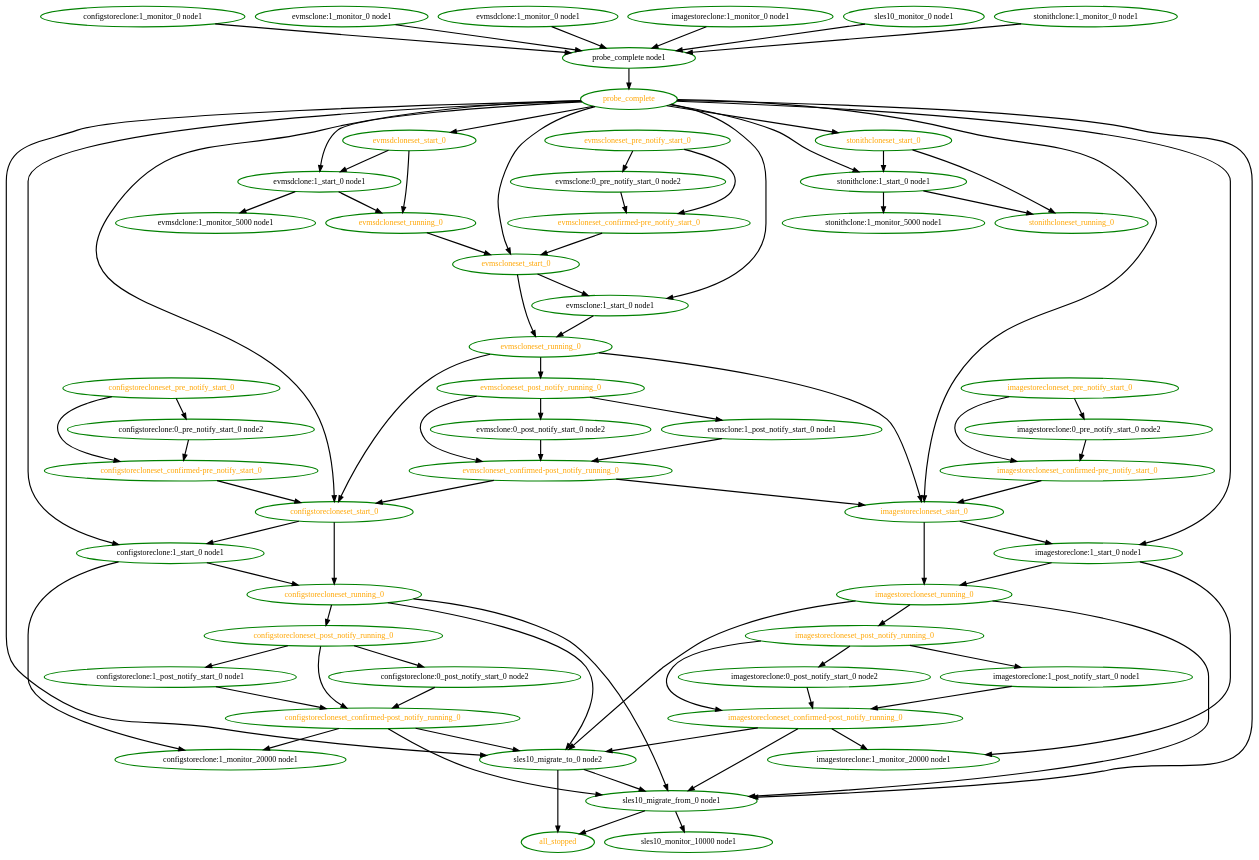
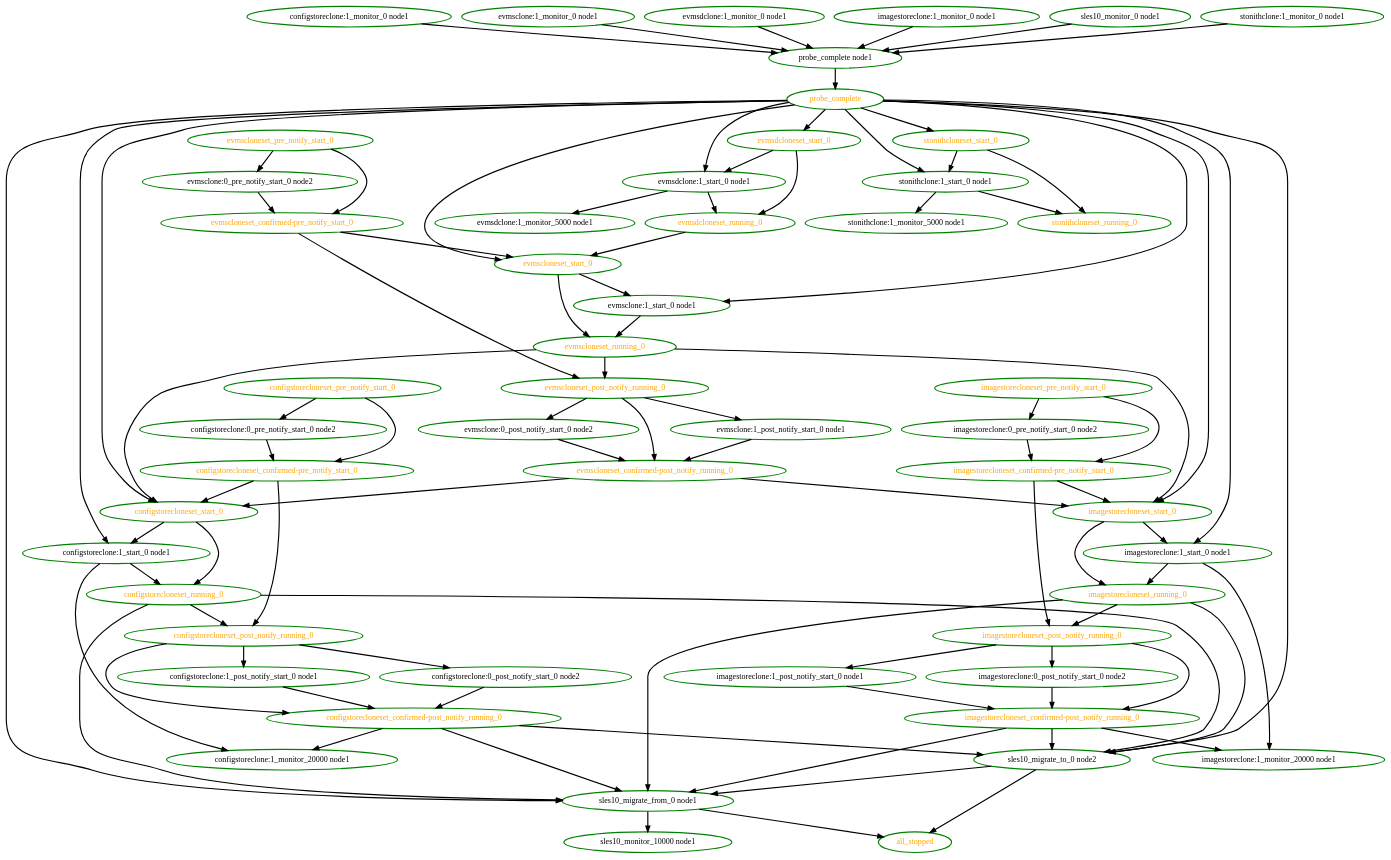
The diagram in pengine/test10/novell-252693-2.dot (linux-ha-japan/pm_diskd), drawn with Graphviz before and after one commit. The commit also changed 54 other files, not shown here.

Commit message:
Low: PE: Ensure the relative ordering of pre and post notifications

```diff
--- a/pengine/test10/novell-252693-2.dot
+++ b/pengine/test10/novell-252693-2.dot
@@ -1,141 +1,144 @@
  digraph "g" {
 "all_stopped" [ style=bold color="green" fontcolor="orange"  ]
 "configstoreclone:0_post_notify_start_0 node2" -> "configstorecloneset_confirmed-post_notify_running_0" [ style = bold]
 "configstoreclone:0_post_notify_start_0 node2" [ style=bold color="green" fontcolor="black"  ]
 "configstoreclone:0_pre_notify_start_0 node2" -> "configstorecloneset_confirmed-pre_notify_start_0" [ style = bold]
 "configstoreclone:0_pre_notify_start_0 node2" [ style=bold color="green" fontcolor="black"  ]
 "configstoreclone:1_monitor_0 node1" -> "probe_complete node1" [ style = bold]
 "configstoreclone:1_monitor_0 node1" [ style=bold color="green" fontcolor="black"  ]
 "configstoreclone:1_monitor_20000 node1" [ style=bold color="green" fontcolor="black"  ]
 "configstoreclone:1_post_notify_start_0 node1" -> "configstorecloneset_confirmed-post_notify_running_0" [ style = bold]
 "configstoreclone:1_post_notify_start_0 node1" [ style=bold color="green" fontcolor="black"  ]
 "configstoreclone:1_start_0 node1" -> "configstoreclone:1_monitor_20000 node1" [ style = bold]
 "configstoreclone:1_start_0 node1" -> "configstorecloneset_running_0" [ style = bold]
 "configstoreclone:1_start_0 node1" [ style=bold color="green" fontcolor="black"  ]
 "configstorecloneset_confirmed-post_notify_running_0" -> "configstoreclone:1_monitor_20000 node1" [ style = bold]
 "configstorecloneset_confirmed-post_notify_running_0" -> "sles10_migrate_from_0 node1" [ style = bold]
 "configstorecloneset_confirmed-post_notify_running_0" -> "sles10_migrate_to_0 node2" [ style = bold]
 "configstorecloneset_confirmed-post_notify_running_0" [ style=bold color="green" fontcolor="orange"  ]
+"configstorecloneset_confirmed-pre_notify_start_0" -> "configstorecloneset_post_notify_running_0" [ style = bold]
 "configstorecloneset_confirmed-pre_notify_start_0" -> "configstorecloneset_start_0" [ style = bold]
 "configstorecloneset_confirmed-pre_notify_start_0" [ style=bold color="green" fontcolor="orange"  ]
 "configstorecloneset_post_notify_running_0" -> "configstoreclone:0_post_notify_start_0 node2" [ style = bold]
 "configstorecloneset_post_notify_running_0" -> "configstoreclone:1_post_notify_start_0 node1" [ style = bold]
 "configstorecloneset_post_notify_running_0" -> "configstorecloneset_confirmed-post_notify_running_0" [ style = bold]
 "configstorecloneset_post_notify_running_0" [ style=bold color="green" fontcolor="orange"  ]
 "configstorecloneset_pre_notify_start_0" -> "configstoreclone:0_pre_notify_start_0 node2" [ style = bold]
 "configstorecloneset_pre_notify_start_0" -> "configstorecloneset_confirmed-pre_notify_start_0" [ style = bold]
 "configstorecloneset_pre_notify_start_0" [ style=bold color="green" fontcolor="orange"  ]
 "configstorecloneset_running_0" -> "configstorecloneset_post_notify_running_0" [ style = bold]
 "configstorecloneset_running_0" -> "sles10_migrate_from_0 node1" [ style = bold]
 "configstorecloneset_running_0" -> "sles10_migrate_to_0 node2" [ style = bold]
 "configstorecloneset_running_0" [ style=bold color="green" fontcolor="orange"  ]
 "configstorecloneset_start_0" -> "configstoreclone:1_start_0 node1" [ style = bold]
 "configstorecloneset_start_0" -> "configstorecloneset_running_0" [ style = bold]
 "configstorecloneset_start_0" [ style=bold color="green" fontcolor="orange"  ]
 "evmsclone:0_post_notify_start_0 node2" -> "evmscloneset_confirmed-post_notify_running_0" [ style = bold]
 "evmsclone:0_post_notify_start_0 node2" [ style=bold color="green" fontcolor="black"  ]
 "evmsclone:0_pre_notify_start_0 node2" -> "evmscloneset_confirmed-pre_notify_start_0" [ style = bold]
 "evmsclone:0_pre_notify_start_0 node2" [ style=bold color="green" fontcolor="black"  ]
 "evmsclone:1_monitor_0 node1" -> "probe_complete node1" [ style = bold]
 "evmsclone:1_monitor_0 node1" [ style=bold color="green" fontcolor="black"  ]
 "evmsclone:1_post_notify_start_0 node1" -> "evmscloneset_confirmed-post_notify_running_0" [ style = bold]
 "evmsclone:1_post_notify_start_0 node1" [ style=bold color="green" fontcolor="black"  ]
 "evmsclone:1_start_0 node1" -> "evmscloneset_running_0" [ style = bold]
 "evmsclone:1_start_0 node1" [ style=bold color="green" fontcolor="black"  ]
 "evmscloneset_confirmed-post_notify_running_0" -> "configstorecloneset_start_0" [ style = bold]
 "evmscloneset_confirmed-post_notify_running_0" -> "imagestorecloneset_start_0" [ style = bold]
 "evmscloneset_confirmed-post_notify_running_0" [ style=bold color="green" fontcolor="orange"  ]
+"evmscloneset_confirmed-pre_notify_start_0" -> "evmscloneset_post_notify_running_0" [ style = bold]
 "evmscloneset_confirmed-pre_notify_start_0" -> "evmscloneset_start_0" [ style = bold]
 "evmscloneset_confirmed-pre_notify_start_0" [ style=bold color="green" fontcolor="orange"  ]
 "evmscloneset_post_notify_running_0" -> "evmsclone:0_post_notify_start_0 node2" [ style = bold]
 "evmscloneset_post_notify_running_0" -> "evmsclone:1_post_notify_start_0 node1" [ style = bold]
 "evmscloneset_post_notify_running_0" -> "evmscloneset_confirmed-post_notify_running_0" [ style = bold]
 "evmscloneset_post_notify_running_0" [ style=bold color="green" fontcolor="orange"  ]
 "evmscloneset_pre_notify_start_0" -> "evmsclone:0_pre_notify_start_0 node2" [ style = bold]
 "evmscloneset_pre_notify_start_0" -> "evmscloneset_confirmed-pre_notify_start_0" [ style = bold]
 "evmscloneset_pre_notify_start_0" [ style=bold color="green" fontcolor="orange"  ]
 "evmscloneset_running_0" -> "configstorecloneset_start_0" [ style = bold]
 "evmscloneset_running_0" -> "evmscloneset_post_notify_running_0" [ style = bold]
 "evmscloneset_running_0" -> "imagestorecloneset_start_0" [ style = bold]
 "evmscloneset_running_0" [ style=bold color="green" fontcolor="orange"  ]
 "evmscloneset_start_0" -> "evmsclone:1_start_0 node1" [ style = bold]
 "evmscloneset_start_0" -> "evmscloneset_running_0" [ style = bold]
 "evmscloneset_start_0" [ style=bold color="green" fontcolor="orange"  ]
 "evmsdclone:1_monitor_0 node1" -> "probe_complete node1" [ style = bold]
 "evmsdclone:1_monitor_0 node1" [ style=bold color="green" fontcolor="black"  ]
 "evmsdclone:1_monitor_5000 node1" [ style=bold color="green" fontcolor="black"  ]
 "evmsdclone:1_start_0 node1" -> "evmsdclone:1_monitor_5000 node1" [ style = bold]
 "evmsdclone:1_start_0 node1" -> "evmsdcloneset_running_0" [ style = bold]
 "evmsdclone:1_start_0 node1" [ style=bold color="green" fontcolor="black"  ]
 "evmsdcloneset_running_0" -> "evmscloneset_start_0" [ style = bold]
 "evmsdcloneset_running_0" [ style=bold color="green" fontcolor="orange"  ]
 "evmsdcloneset_start_0" -> "evmsdclone:1_start_0 node1" [ style = bold]
 "evmsdcloneset_start_0" -> "evmsdcloneset_running_0" [ style = bold]
 "evmsdcloneset_start_0" [ style=bold color="green" fontcolor="orange"  ]
 "imagestoreclone:0_post_notify_start_0 node2" -> "imagestorecloneset_confirmed-post_notify_running_0" [ style = bold]
 "imagestoreclone:0_post_notify_start_0 node2" [ style=bold color="green" fontcolor="black"  ]
 "imagestoreclone:0_pre_notify_start_0 node2" -> "imagestorecloneset_confirmed-pre_notify_start_0" [ style = bold]
 "imagestoreclone:0_pre_notify_start_0 node2" [ style=bold color="green" fontcolor="black"  ]
 "imagestoreclone:1_monitor_0 node1" -> "probe_complete node1" [ style = bold]
 "imagestoreclone:1_monitor_0 node1" [ style=bold color="green" fontcolor="black"  ]
 "imagestoreclone:1_monitor_20000 node1" [ style=bold color="green" fontcolor="black"  ]
 "imagestoreclone:1_post_notify_start_0 node1" -> "imagestorecloneset_confirmed-post_notify_running_0" [ style = bold]
 "imagestoreclone:1_post_notify_start_0 node1" [ style=bold color="green" fontcolor="black"  ]
 "imagestoreclone:1_start_0 node1" -> "imagestoreclone:1_monitor_20000 node1" [ style = bold]
 "imagestoreclone:1_start_0 node1" -> "imagestorecloneset_running_0" [ style = bold]
 "imagestoreclone:1_start_0 node1" [ style=bold color="green" fontcolor="black"  ]
 "imagestorecloneset_confirmed-post_notify_running_0" -> "imagestoreclone:1_monitor_20000 node1" [ style = bold]
 "imagestorecloneset_confirmed-post_notify_running_0" -> "sles10_migrate_from_0 node1" [ style = bold]
 "imagestorecloneset_confirmed-post_notify_running_0" -> "sles10_migrate_to_0 node2" [ style = bold]
 "imagestorecloneset_confirmed-post_notify_running_0" [ style=bold color="green" fontcolor="orange"  ]
+"imagestorecloneset_confirmed-pre_notify_start_0" -> "imagestorecloneset_post_notify_running_0" [ style = bold]
 "imagestorecloneset_confirmed-pre_notify_start_0" -> "imagestorecloneset_start_0" [ style = bold]
 "imagestorecloneset_confirmed-pre_notify_start_0" [ style=bold color="green" fontcolor="orange"  ]
 "imagestorecloneset_post_notify_running_0" -> "imagestoreclone:0_post_notify_start_0 node2" [ style = bold]
 "imagestorecloneset_post_notify_running_0" -> "imagestoreclone:1_post_notify_start_0 node1" [ style = bold]
 "imagestorecloneset_post_notify_running_0" -> "imagestorecloneset_confirmed-post_notify_running_0" [ style = bold]
 "imagestorecloneset_post_notify_running_0" [ style=bold color="green" fontcolor="orange"  ]
 "imagestorecloneset_pre_notify_start_0" -> "imagestoreclone:0_pre_notify_start_0 node2" [ style = bold]
 "imagestorecloneset_pre_notify_start_0" -> "imagestorecloneset_confirmed-pre_notify_start_0" [ style = bold]
 "imagestorecloneset_pre_notify_start_0" [ style=bold color="green" fontcolor="orange"  ]
 "imagestorecloneset_running_0" -> "imagestorecloneset_post_notify_running_0" [ style = bold]
 "imagestorecloneset_running_0" -> "sles10_migrate_from_0 node1" [ style = bold]
 "imagestorecloneset_running_0" -> "sles10_migrate_to_0 node2" [ style = bold]
 "imagestorecloneset_running_0" [ style=bold color="green" fontcolor="orange"  ]
 "imagestorecloneset_start_0" -> "imagestoreclone:1_start_0 node1" [ style = bold]
 "imagestorecloneset_start_0" -> "imagestorecloneset_running_0" [ style = bold]
 "imagestorecloneset_start_0" [ style=bold color="green" fontcolor="orange"  ]
 "probe_complete node1" -> "probe_complete" [ style = bold]
 "probe_complete node1" [ style=bold color="green" fontcolor="black"  ]
 "probe_complete" -> "configstoreclone:1_start_0 node1" [ style = bold]
 "probe_complete" -> "configstorecloneset_start_0" [ style = bold]
 "probe_complete" -> "evmsclone:1_start_0 node1" [ style = bold]
 "probe_complete" -> "evmscloneset_start_0" [ style = bold]
 "probe_complete" -> "evmsdclone:1_start_0 node1" [ style = bold]
 "probe_complete" -> "evmsdcloneset_start_0" [ style = bold]
 "probe_complete" -> "imagestoreclone:1_start_0 node1" [ style = bold]
 "probe_complete" -> "imagestorecloneset_start_0" [ style = bold]
 "probe_complete" -> "sles10_migrate_from_0 node1" [ style = bold]
 "probe_complete" -> "sles10_migrate_to_0 node2" [ style = bold]
 "probe_complete" -> "stonithclone:1_start_0 node1" [ style = bold]
 "probe_complete" -> "stonithcloneset_start_0" [ style = bold]
 "probe_complete" [ style=bold color="green" fontcolor="orange"  ]
 "sles10_migrate_from_0 node1" -> "all_stopped" [ style = bold]
 "sles10_migrate_from_0 node1" -> "sles10_monitor_10000 node1" [ style = bold]
 "sles10_migrate_from_0 node1" [ style=bold color="green" fontcolor="black"  ]
 "sles10_migrate_to_0 node2" -> "all_stopped" [ style = bold]
 "sles10_migrate_to_0 node2" -> "sles10_migrate_from_0 node1" [ style = bold]
 "sles10_migrate_to_0 node2" [ style=bold color="green" fontcolor="black"  ]
 "sles10_monitor_0 node1" -> "probe_complete node1" [ style = bold]
 "sles10_monitor_0 node1" [ style=bold color="green" fontcolor="black"  ]
 "sles10_monitor_10000 node1" [ style=bold color="green" fontcolor="black"  ]
 "stonithclone:1_monitor_0 node1" -> "probe_complete node1" [ style = bold]
 "stonithclone:1_monitor_0 node1" [ style=bold color="green" fontcolor="black"  ]
 "stonithclone:1_monitor_5000 node1" [ style=bold color="green" fontcolor="black"  ]
 "stonithclone:1_start_0 node1" -> "stonithclone:1_monitor_5000 node1" [ style = bold]
 "stonithclone:1_start_0 node1" -> "stonithcloneset_running_0" [ style = bold]
 "stonithclone:1_start_0 node1" [ style=bold color="green" fontcolor="black"  ]
 "stonithcloneset_running_0" [ style=bold color="green" fontcolor="orange"  ]
 "stonithcloneset_start_0" -> "stonithclone:1_start_0 node1" [ style = bold]
 "stonithcloneset_start_0" -> "stonithcloneset_running_0" [ style = bold]
 "stonithcloneset_start_0" [ style=bold color="green" fontcolor="orange"  ]
 }
```
